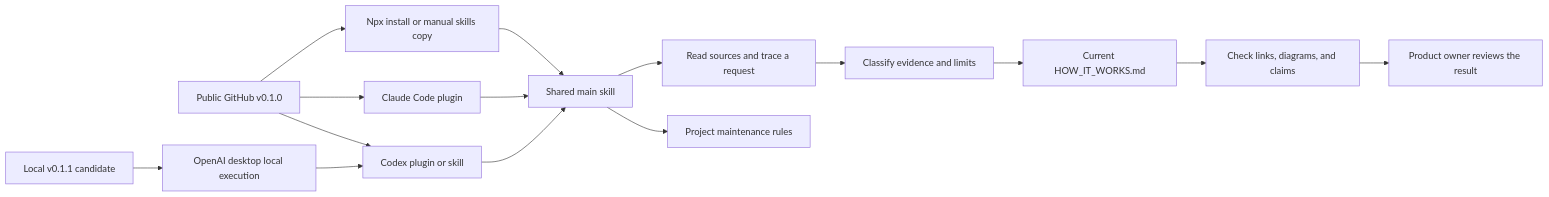
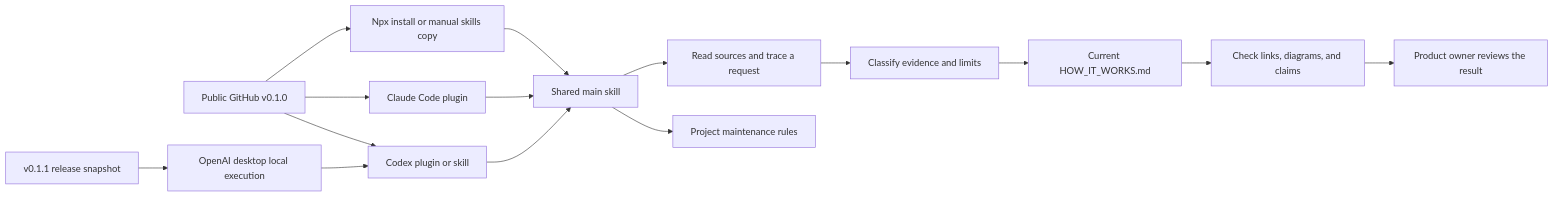
The first of 3 diagrams in HOW_IT_WORKS.md (joevilcai666/how-it-works-skill), drawn with Mermaid before and after one commit. The commit also changed other lines of this file and 4 other files, not shown here.

Commit message:
docs: prepare v0.1.1 release snapshot

````diff
--- a/HOW_IT_WORKS.md
+++ b/HOW_IT_WORKS.md
@@ -32,17 +35,17 @@
 ```mermaid
 flowchart LR
   G[Public GitHub v0.1.0] --> A
   G --> B
   G --> C
-  L[Local v0.1.1 candidate] --> X[OpenAI desktop local execution]
+  L[v0.1.1 release snapshot] --> X[OpenAI desktop local execution]
   X --> A
   A[Codex plugin or skill] --> S[Shared main skill]
   B[Claude Code plugin] --> S
   C[Npx install or manual skills copy] --> S
   S --> U[Project maintenance rules]
   S --> R[Read sources and trace a request]
   R --> E[Classify evidence and limits]
   E --> D[Current HOW_IT_WORKS.md]
   D --> V[Check links, diagrams, and claims]
   V --> P[Product owner reviews the result]
 ```
````
